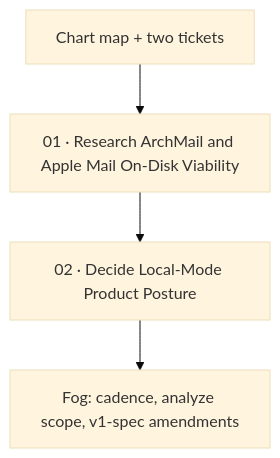
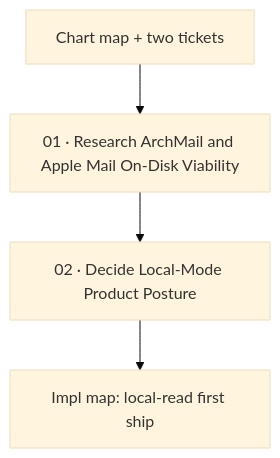
The diagram in .scratch/mailgent-local-mode/map.md (marotron/MailGent), drawn with Mermaid (base theme) before and after one commit. The commit also changed other lines of this file and 10 other files, not shown here.

Commit message:
docs: resolve local-mode posture and chart local-read impl map

````diff
--- a/.scratch/mailgent-local-mode/map.md
+++ b/.scratch/mailgent-local-mode/map.md
@@ -41,10 +39,10 @@
 ```mermaid
 flowchart TD
   chart["Chart map + two tickets"]
   research["01 · Research ArchMail and Apple Mail On-Disk Viability"]
   posture["02 · Decide Local-Mode Product Posture"]
-  fog["Fog: cadence, analyze scope, v1-spec amendments"]
+  impl["Impl map: local-read first ship"]
   chart --> research
   research --> posture
-  posture --> fog
+  posture --> impl
 ```
````
